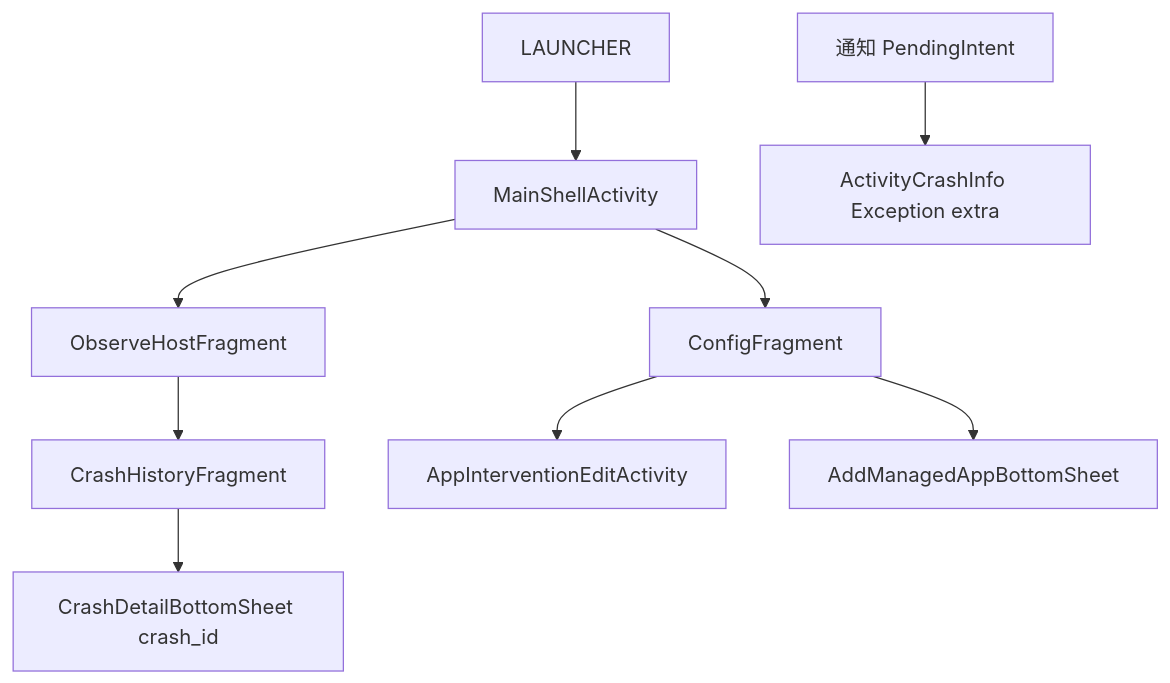
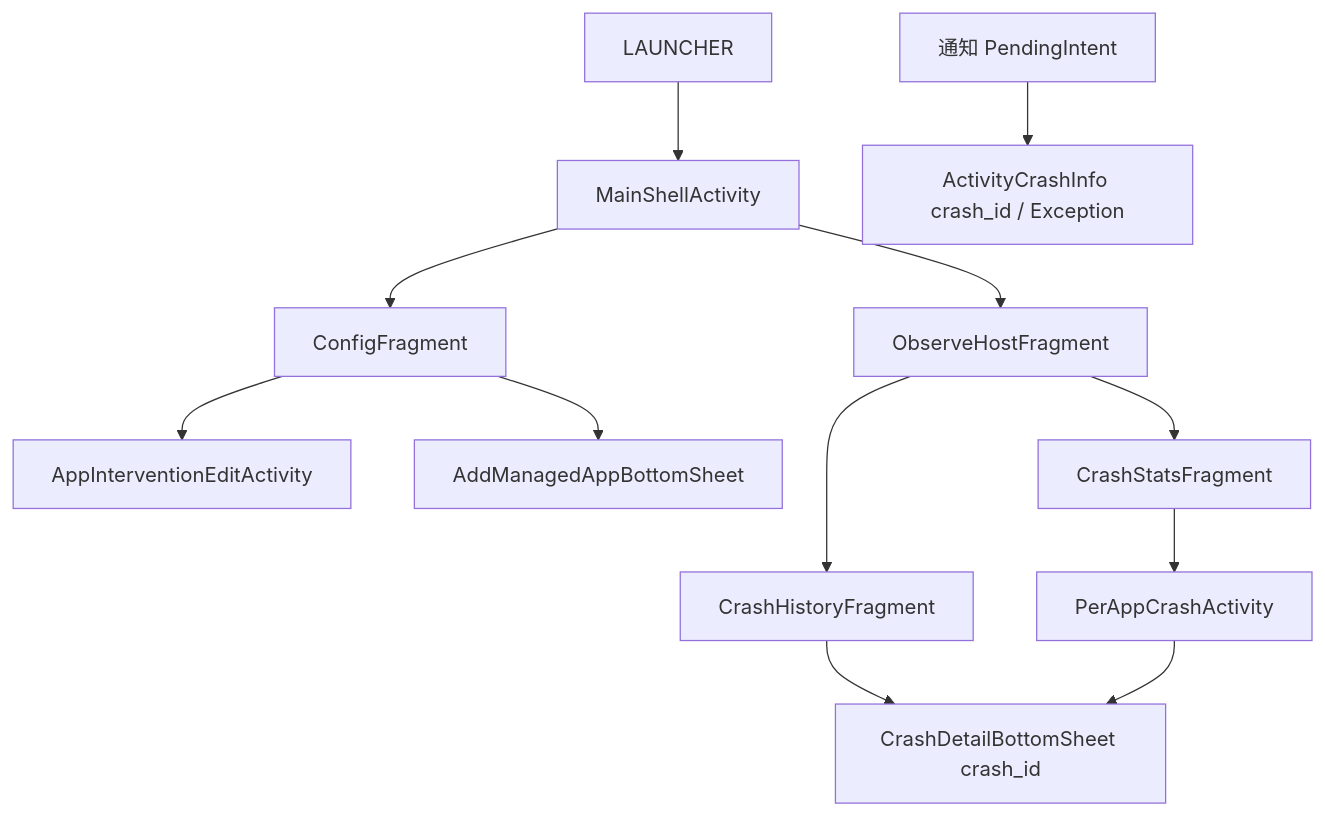
Before and after one commit to TIIEHenry/CrashCenter: the first of 3 diagrams in docs/architecture/ui-routing.md, drawn with Mermaid. The commit also changed other lines of this file and 37 other files, not shown here.

First line of the commit message:
feat(4D+4G): stats aggregator expansion, ingest coordinator refactor, crash signature clustering, and per-app crash activity

````diff
--- a/docs/architecture/ui-routing.md
+++ b/docs/architecture/ui-routing.md
@@ -77,11 +79,14 @@
 ```mermaid
 flowchart TB
     Launcher[LAUNCHER] --> Shell[MainShellActivity]
     Shell --> Config[ConfigFragment]
     Shell --> Observe[ObserveHostFragment]
     Observe --> History[CrashHistoryFragment]
+    Observe --> Stats[CrashStatsFragment]
+    Stats --> PerApp[PerAppCrashActivity]
     History --> Sheet[CrashDetailBottomSheet crash_id]
-    Notif[通知 PendingIntent] --> CrashInfo[ActivityCrashInfo Exception extra]
+    PerApp --> Sheet
+    Notif[通知 PendingIntent] --> CrashInfo[ActivityCrashInfo crash_id / Exception]
     Config --> AppEdit[AppInterventionEditActivity]
     Config --> AddApp[AddManagedAppBottomSheet]
 ```
````
